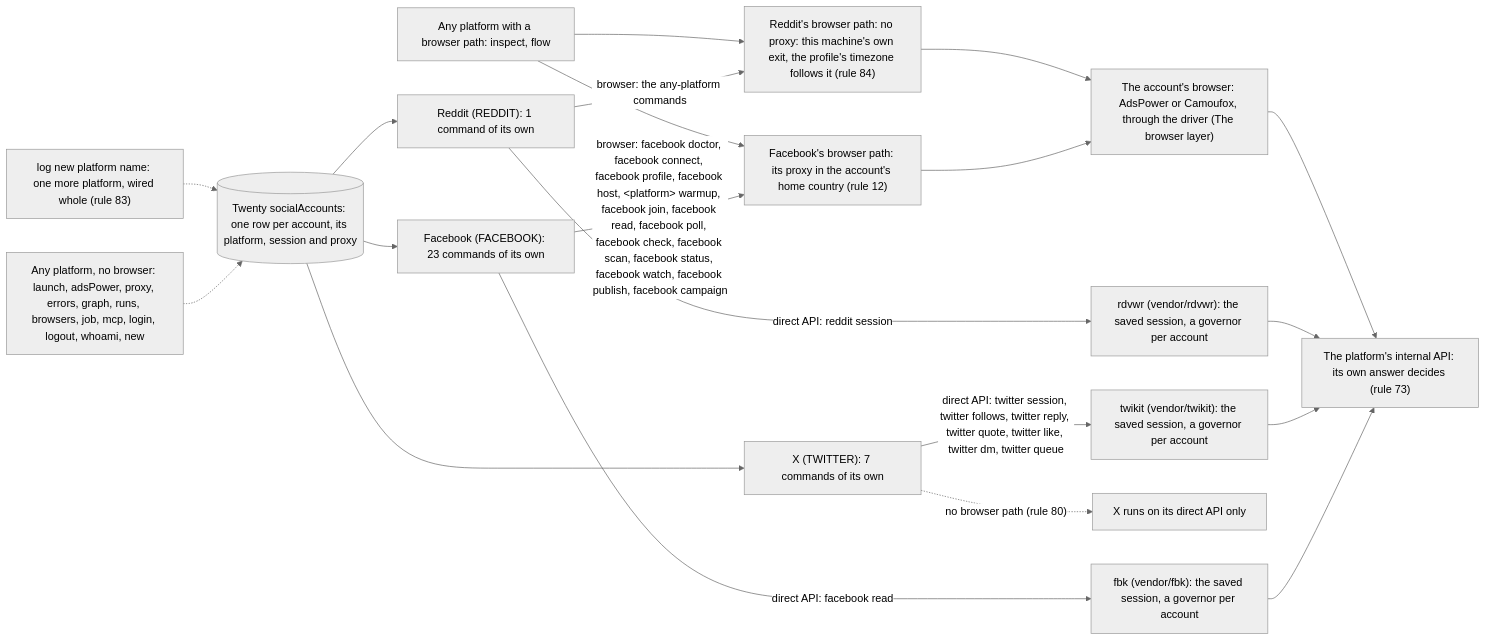
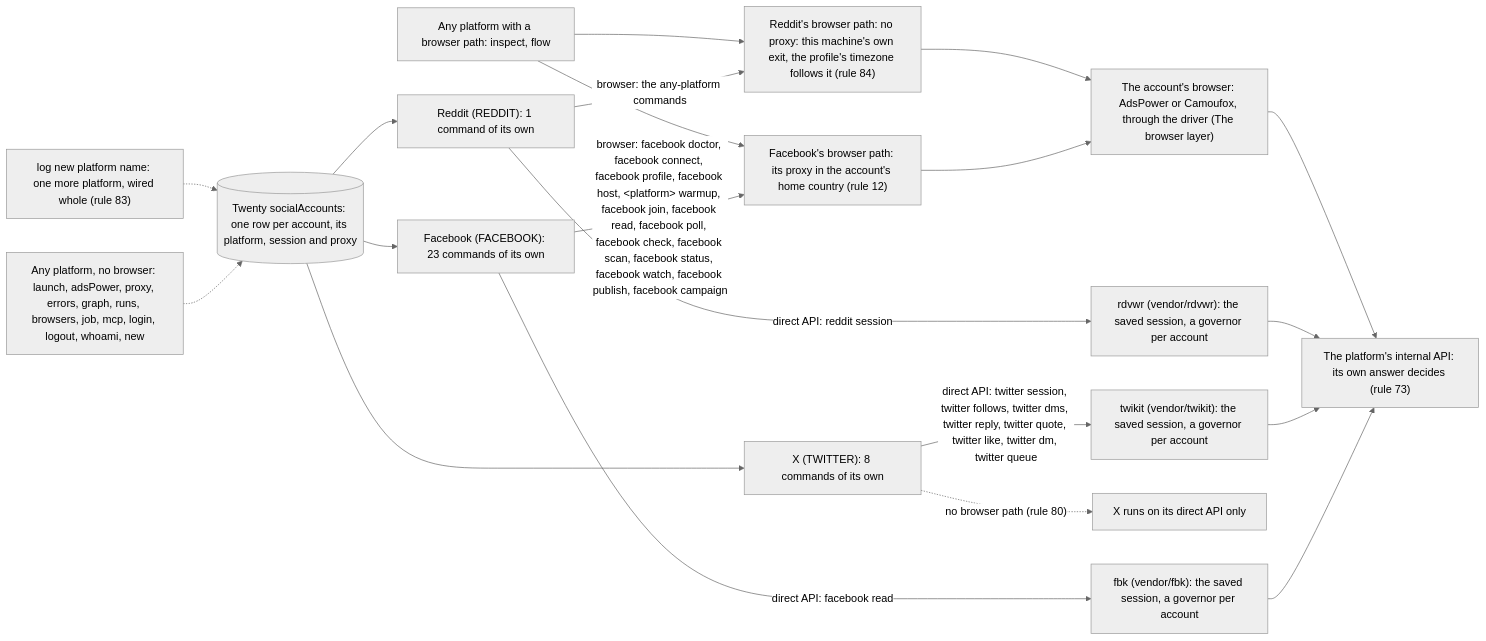
One commit to matthewdonsemail-lab/log changed the diagram in docs/diagrams/platforms.mmd. Above: the diagram before and after it, drawn with Mermaid (neutral theme). The commit also changed 16 other files, not shown here.

Commit message:
feat(twitter): log twitter dms reads an X account's inbox and who is waiting on a reply, on twikit

```diff
--- a/docs/diagrams/platforms.mmd
+++ b/docs/diagrams/platforms.mmd
@@ -1,30 +1,30 @@
 %% The platforms. log-cli is platform-agnostic: each platform is a row in `PLATFORMS` and `PLATFORM_SITES` (`src/cli/runner/helpers/platforms.ts`), with its direct-API client from `DIRECT_ROUTES` (`src/directApi/engine`) and its browser path, with or without a proxy. A new one is made by `log new platform <name>` (rule 83).
 %% Written by `bun run docs:build` from the code (rule 56). Not edited by hand.
 flowchart LR
   twenty[("Twenty socialAccounts: one row per account, its platform, session and proxy")]
   api["The platform's internal API: its own answer decides (rule 73)"]
   drivers["The account's browser: AdsPower or Camoufox, through the driver (The browser layer)"]
   p_facebook["Facebook (FACEBOOK): 23 commands of its own"]
   twenty --> p_facebook
   p_facebook -->|"direct API: facebook read"| e_fbk["fbk (vendor/fbk): the saved session, a governor per account"]
   e_fbk --> api
   p_facebook -->|"browser: facebook doctor, facebook connect, facebook profile, facebook host, #lt;platform#gt; warmup, facebook join, facebook read, facebook poll, facebook check, facebook scan, facebook status, facebook watch, facebook publish, facebook campaign"| b_facebook["Facebook's browser path: its proxy in the account's home country (rule 12)"]
   b_facebook --> drivers
-  p_twitter["X (TWITTER): 7 commands of its own"]
+  p_twitter["X (TWITTER): 8 commands of its own"]
   twenty --> p_twitter
-  p_twitter -->|"direct API: twitter session, twitter follows, twitter reply, twitter quote, twitter like, twitter dm, twitter queue"| e_twikit["twikit (vendor/twikit): the saved session, a governor per account"]
+  p_twitter -->|"direct API: twitter session, twitter follows, twitter dms, twitter reply, twitter quote, twitter like, twitter dm, twitter queue"| e_twikit["twikit (vendor/twikit): the saved session, a governor per account"]
   e_twikit --> api
   p_twitter -.->|"no browser path (rule 80)"| nob_twitter["X runs on its direct API only"]
   p_reddit["Reddit (REDDIT): 1 command of its own"]
   twenty --> p_reddit
   p_reddit -->|"direct API: reddit session"| e_rdvwr["rdvwr (vendor/rdvwr): the saved session, a governor per account"]
   e_rdvwr --> api
   p_reddit -->|"browser: the any-platform commands"| b_reddit["Reddit's browser path: no proxy: this machine's own exit, the profile's timezone follows it (rule 84)"]
   b_reddit --> drivers
   anyB["Any platform with a browser path: inspect, flow"]
   anyB --> b_facebook
   anyB --> b_reddit
   anyN["Any platform, no browser: launch, adsPower, proxy, errors, graph, runs, browsers, job, mcp, login, logout, whoami, new"]
   anyN -.-> twenty
   newP["log new platform name: one more platform, wired whole (rule 83)"] -.-> twenty
   drivers --> api
```
